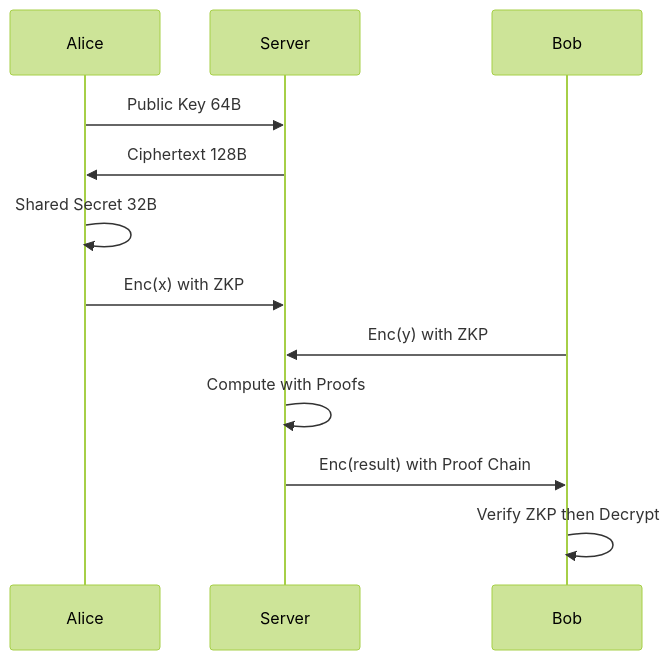
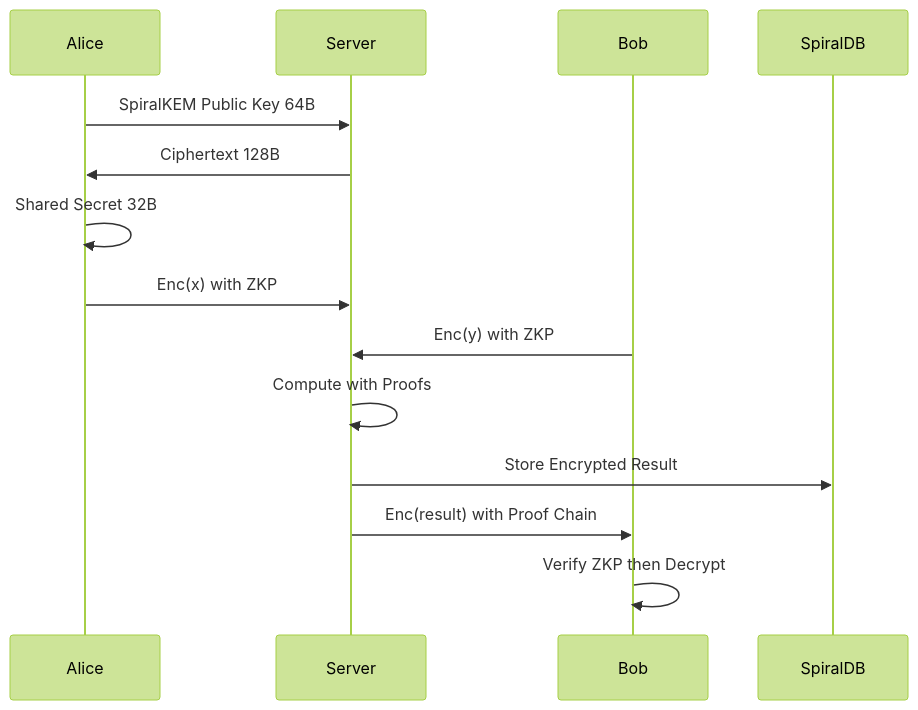
Before and after one commit to primordialomegazero/femmgFHE: the second of 4 diagrams in README.md, drawn with Mermaid (forest theme). The commit also changed other lines of this file, not shown here.

Commit message:
Φ Update README v2.3.0: SpiralDB added, 6 systems, 16 tests, updated architecture

````diff
--- a/README.md
+++ b/README.md
@@ -123,14 +125,15 @@
 ```mermaid
 sequenceDiagram
     participant Alice
     participant Server
     participant Bob
-    Alice->>Server: Public Key 64B
+    Alice->>Server: SpiralKEM Public Key 64B
     Server->>Alice: Ciphertext 128B
     Alice->>Alice: Shared Secret 32B
     Alice->>Server: Enc(x) with ZKP
     Bob->>Server: Enc(y) with ZKP
     Server->>Server: Compute with Proofs
+    Server->>SpiralDB: Store Encrypted Result
     Server->>Bob: Enc(result) with Proof Chain
     Bob->>Bob: Verify ZKP then Decrypt
 ```
````
